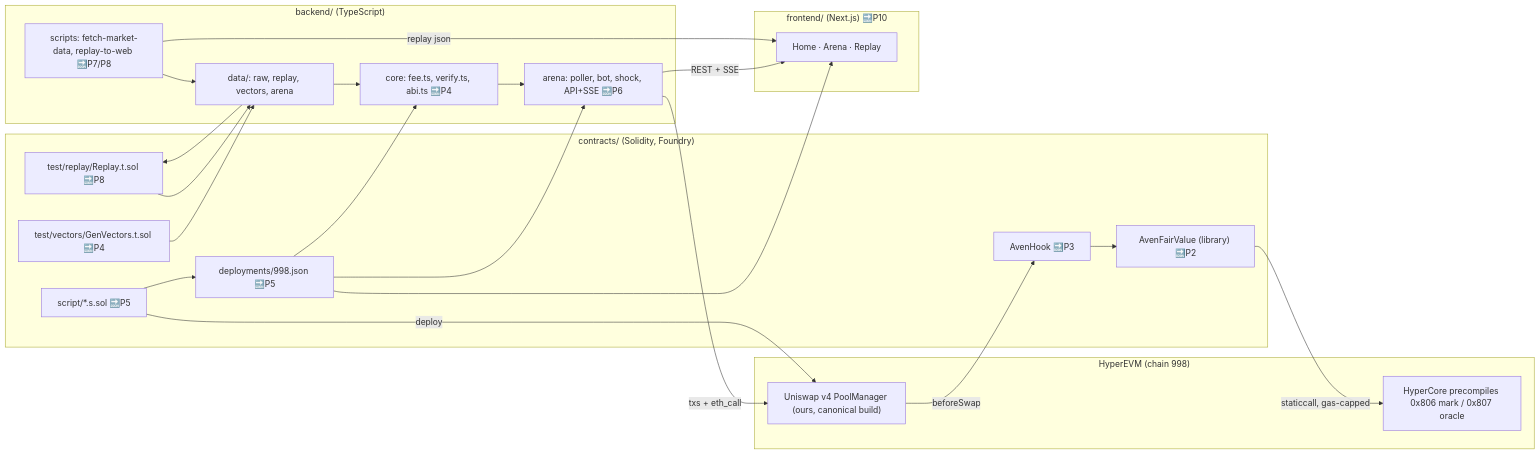
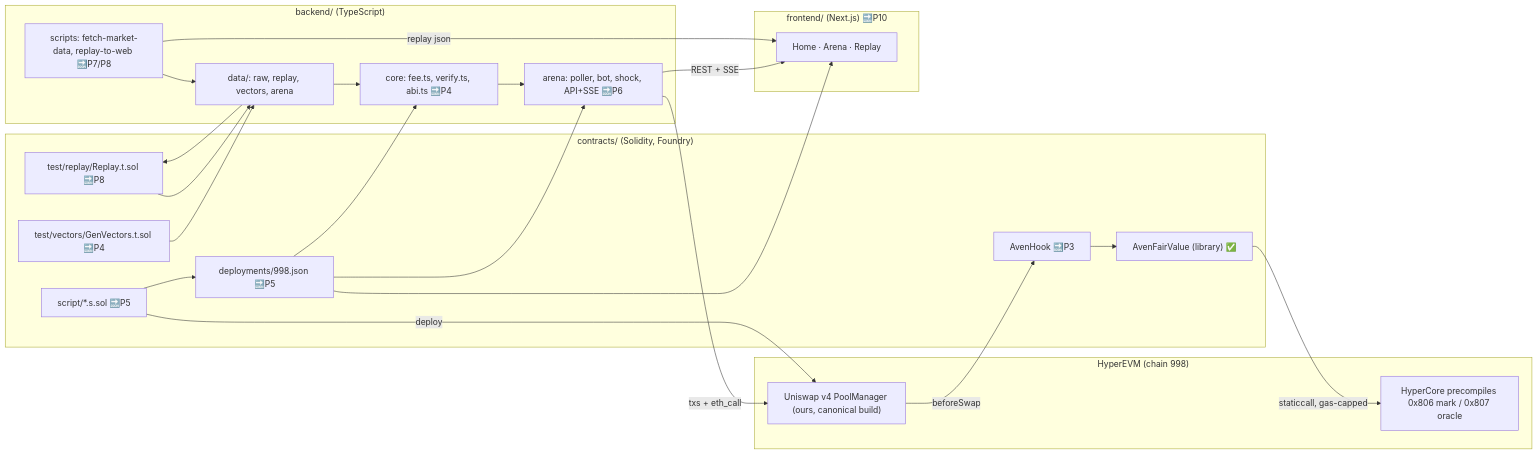
The diagram in docs/FLOW.md (SATISH-JALAN/Aven), drawn with Mermaid before and after one commit. The commit also changed other lines of this file and 7 other files, not shown here.

First line of the commit message:
feat(contracts): AvenFairValue library with unit and fuzz tests

````diff
--- a/docs/FLOW.md
+++ b/docs/FLOW.md
@@ -13,34 +13,34 @@
 ```mermaid
 flowchart LR
   subgraph contracts["contracts/ (Solidity, Foundry)"]
-    FV["AvenFairValue (library) 🔜P2"]
+    FV["AvenFairValue (library) ✅"]
     HK["AvenHook 🔜P3"]
     SC["script/*.s.sol 🔜P5"]
     DEP["deployments/998.json 🔜P5"]
     REP["test/replay/Replay.t.sol 🔜P8"]
     VEC["test/vectors/GenVectors.t.sol 🔜P4"]
   end
   subgraph chain["HyperEVM (chain 998)"]
     PM["Uniswap v4 PoolManager (ours, canonical build)"]
     PC["HyperCore precompiles 0x806 mark / 0x807 oracle"]
   end
   subgraph backend["backend/ (TypeScript)"]
     CORE["core: fee.ts, verify.ts, abi.ts 🔜P4"]
     ARENA["arena: poller, bot, shock, API+SSE 🔜P6"]
     SCR["scripts: fetch-market-data, replay-to-web 🔜P7/P8"]
     DATA["data/: raw, replay, vectors, arena"]
   end
   subgraph frontend["frontend/ (Next.js) 🔜P10"]
     WEB["Home · Arena · Replay"]
   end
   SC -->|deploy| PM
   SC --> DEP
   PM -->|beforeSwap| HK --> FV -->|staticcall, gas-capped| PC
   DEP --> CORE & ARENA & WEB
   ARENA -->|txs + eth_call| PM
   ARENA -->|REST + SSE| WEB
   CORE --> ARENA
   VEC --> DATA --> CORE
   SCR --> DATA --> REP --> DATA
   SCR -->|replay json| WEB
 ```
````
